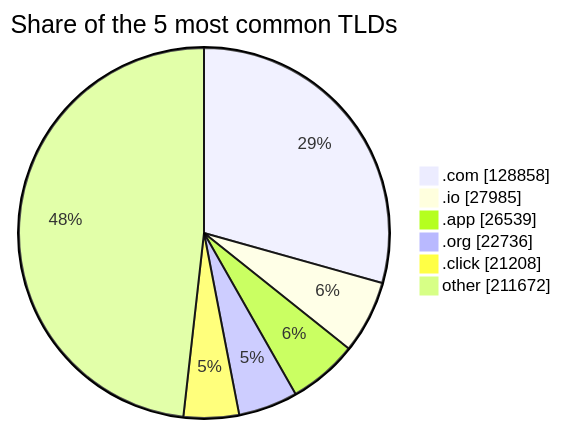
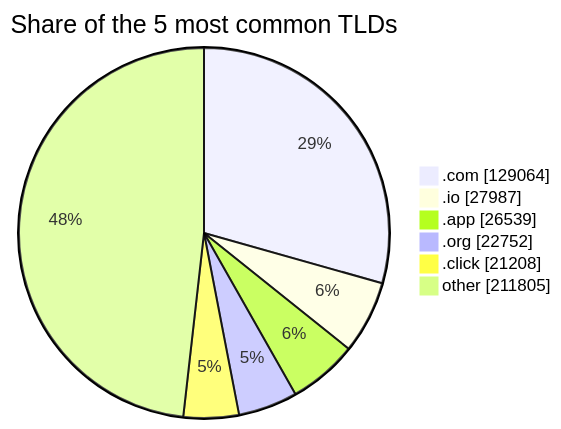
Before and after one commit to DNSBunker/CTI: the third of 3 diagrams in README.md, drawn with Mermaid. The commit also changed other lines of this file and 3 other files, not shown here.

````diff
--- a/README.md
+++ b/README.md
@@ -81,9 +81,9 @@
 ```mermaid
 pie showData title Share of the 5 most common TLDs
-    ".com" : 128858
-    ".io" : 27985
+    ".com" : 129064
+    ".io" : 27987
     ".app" : 26539
-    ".org" : 22736
+    ".org" : 22752
     ".click" : 21208
-    "other" : 211672
+    "other" : 211805
 ```
````
